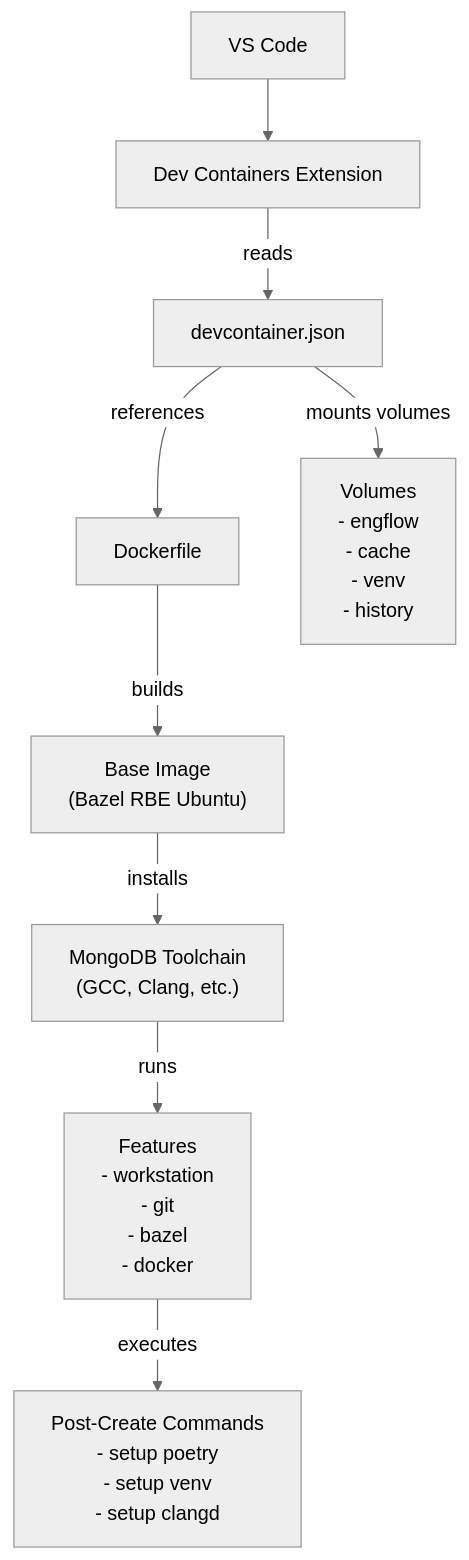
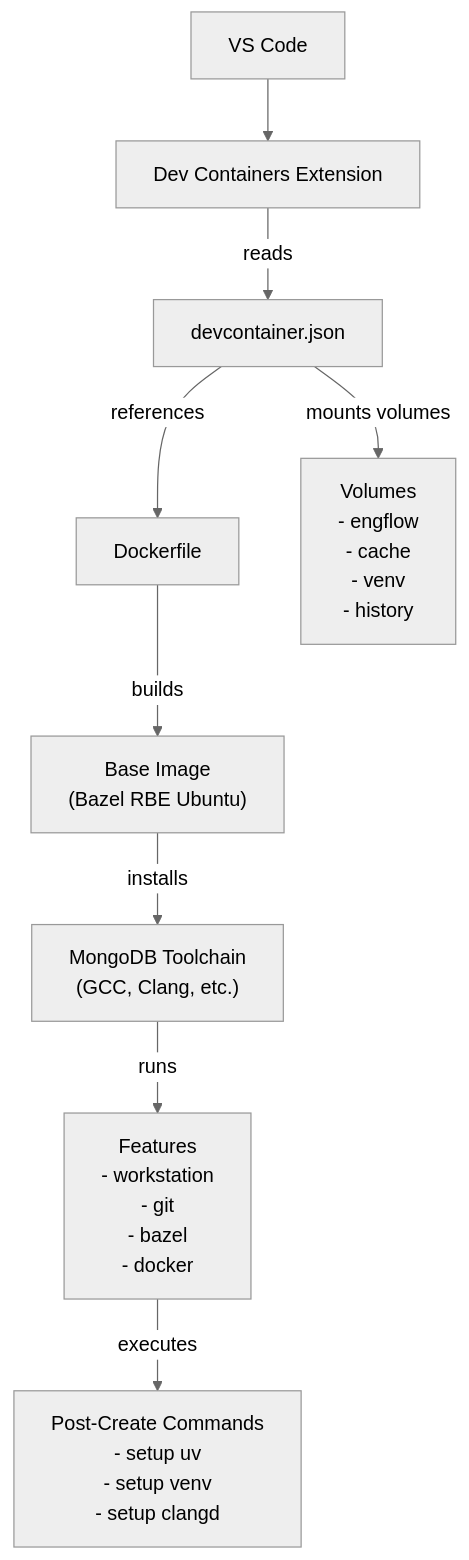
The diagram in docs/devcontainer/architecture.md (codacy-open-source-projects-scans/mongodb), drawn with Mermaid (neutral theme) before and after one commit. The commit also changed other lines of this file and 21937 other files, not shown here.

````diff
--- a/docs/devcontainer/architecture.md
+++ b/docs/devcontainer/architecture.md
@@ -22,21 +22,21 @@
 ```mermaid
 flowchart TD
     VSCode["VS Code"]
     Extension["Dev Containers Extension"]
     DevContainer["devcontainer.json"]
     Dockerfile["Dockerfile"]
     Volumes["Volumes<br/>- engflow<br/>- cache<br/>- venv<br/>- history"]
     BaseImage["Base Image<br/>(Bazel RBE Ubuntu)"]
     Toolchain["MongoDB Toolchain<br/>(GCC, Clang, etc.)"]
     Features["Features<br/>- workstation<br/>- git<br/>- bazel<br/>- docker"]
-    PostCreate["Post-Create Commands<br/>- setup poetry<br/>- setup venv<br/>- setup clangd"]
+    PostCreate["Post-Create Commands<br/>- setup uv<br/>- setup venv<br/>- setup clangd"]
 
     VSCode --> Extension
     Extension -->|reads| DevContainer
     DevContainer -->|references| Dockerfile
     DevContainer -->|mounts volumes| Volumes
     Dockerfile -->|builds| BaseImage
     BaseImage -->|installs| Toolchain
     Toolchain -->|runs| Features
     Features -->|executes| PostCreate
 ```
````
